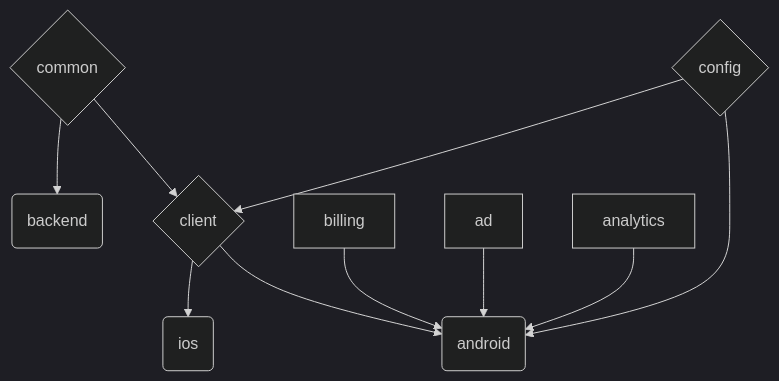
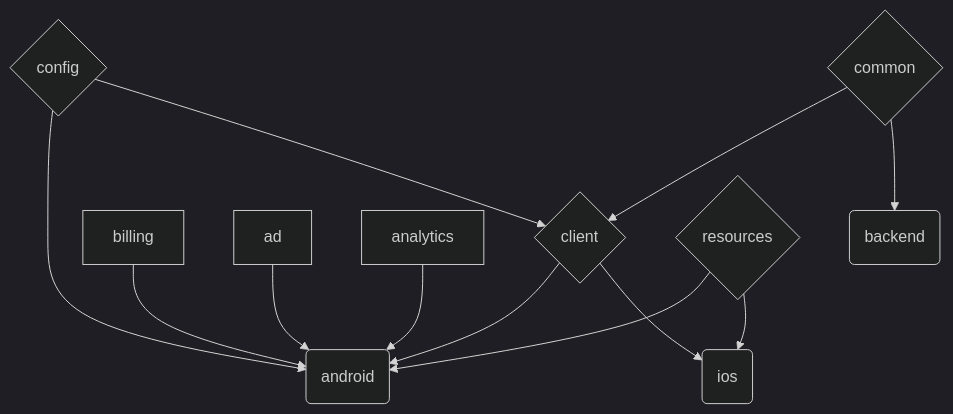
Before and after one commit to Oztechan/CCC: the first of 2 diagrams in README.md, drawn with Mermaid (dark theme). The commit also changed 202 other files, not shown here.

````diff
--- a/README.md
+++ b/README.md
@@ -75,22 +75,25 @@
 ```mermaid
 graph TD;
 
-backend(backend)
 android(android)
 ios(ios)
+backend(backend)
+
+billing-->android
+
+ad-->android
+
+analytics-->android
+
+config{config}-->android
+config-->client
+
+resources{resources}-->android
+resources-->ios
 
 client{client}-->android
 client-->ios
 
 common{common}-->client
 common-->backend
-
-config{config}-->android
-config-->client
-
-billing-->android
-
-ad-->android
-
-analytics-->android
 ```
````
